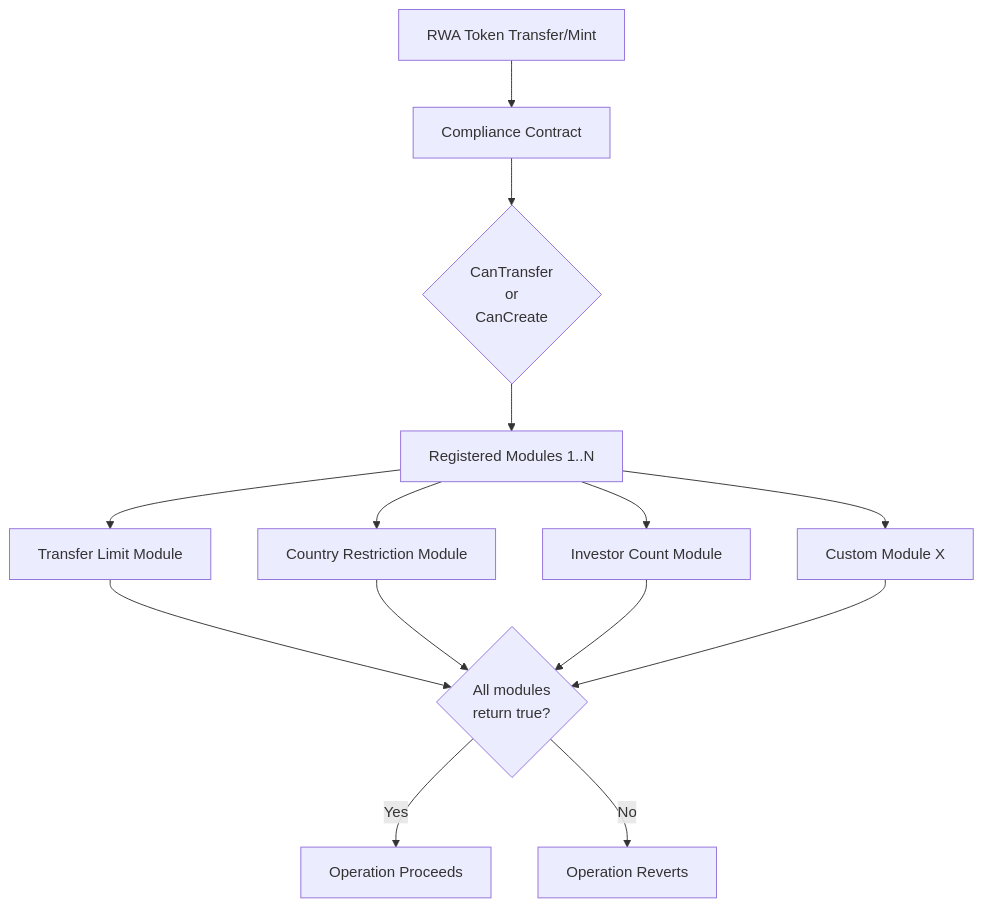
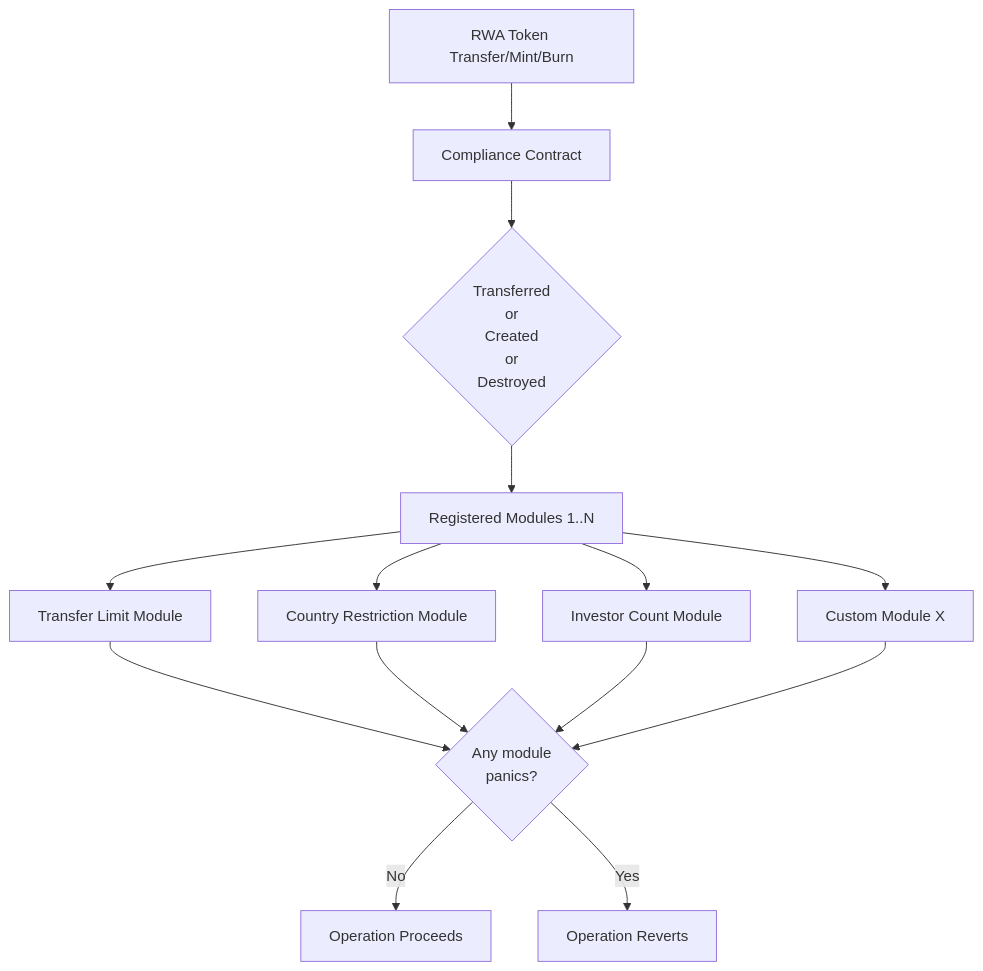
The second of 4 diagrams in content/stellar-contracts/tokens/rwa/rwa.mdx (OpenZeppelin/docs), drawn with Mermaid before and after one commit. The commit also changed other lines of this file and 3 other files, not shown here.

````diff
--- a/content/stellar-contracts/tokens/rwa/rwa.mdx
+++ b/content/stellar-contracts/tokens/rwa/rwa.mdx
@@ -277,16 +424,16 @@
 ```mermaid
 graph TD
-    A[RWA Token Transfer/Mint] --> B[Compliance Contract]
-    B --> C{CanTransfer<br/>or<br/>CanCreate}
+    A[RWA Token Transfer/Mint/Burn] --> B[Compliance Contract]
+    B --> C{Transferred<br/>or<br/>Created<br/>or<br/>Destroyed}
     C --> D[Registered Modules 1..N]
     D --> E[Transfer Limit Module]
     D --> F[Country Restriction Module]
     D --> G[Investor Count Module]
     D --> H[Custom Module X]
-    E --> I{All modules<br/>return true?}
+    E --> I{Any module<br/>panics?}
     F --> I
     G --> I
     H --> I
-    I -->|Yes| J[Operation Proceeds]
-    I -->|No| K[Operation Reverts]
+    I -->|No| J[Operation Proceeds]
+    I -->|Yes| K[Operation Reverts]
 ```
````
